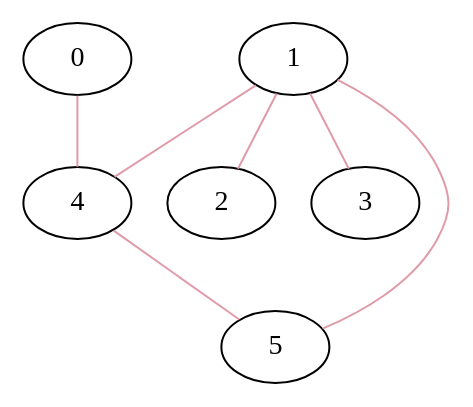
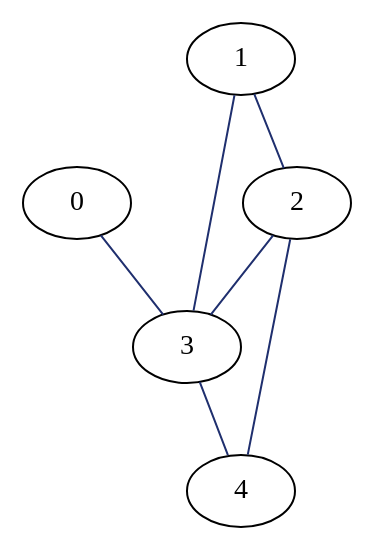
The diagram in graph.dot (homoglobina/ChinesePostmen), drawn with Graphviz before and after one commit. The commit also changed 17 other files, not shown here.

```diff
--- a/graph.dot
+++ b/graph.dot
@@ -1,8 +1,8 @@
 graph G {
-  0 -- 4 [color="#e09ba9"];
-  1 -- 2 [color="#e09ba9"];
-  1 -- 3 [color="#e09ba9"];
-  1 -- 4 [color="#e09ba9"];
-  1 -- 5 [color="#e09ba9"];
-  4 -- 5 [color="#e09ba9"];
+  0 -- 3 [color="#1f2f6e"];
+  1 -- 2 [color="#1f2f6e"];
+  1 -- 3 [color="#1f2f6e"];
+  2 -- 3 [color="#1f2f6e"];
+  2 -- 4 [color="#1f2f6e"];
+  3 -- 4 [color="#1f2f6e"];
 }
```
